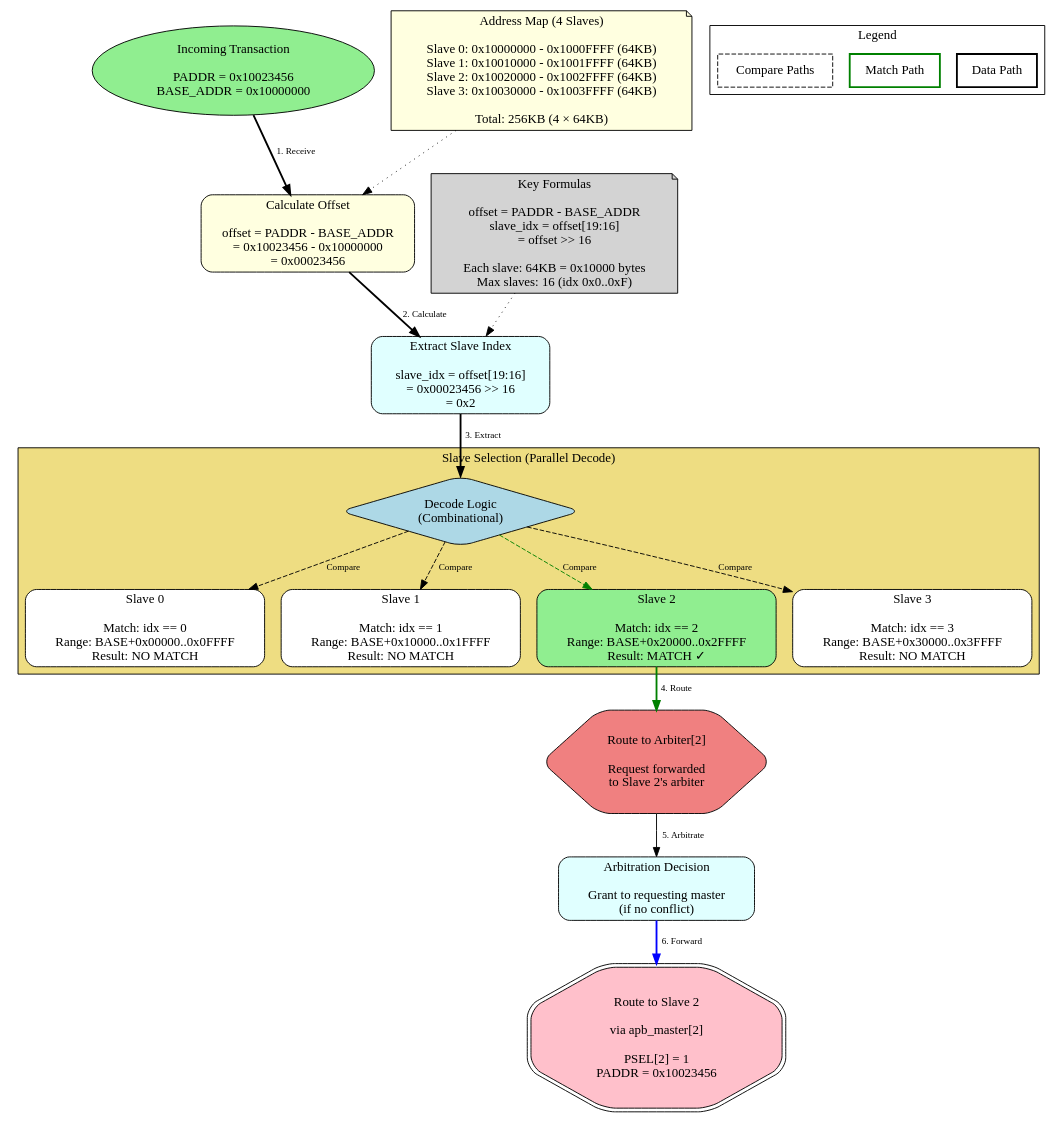
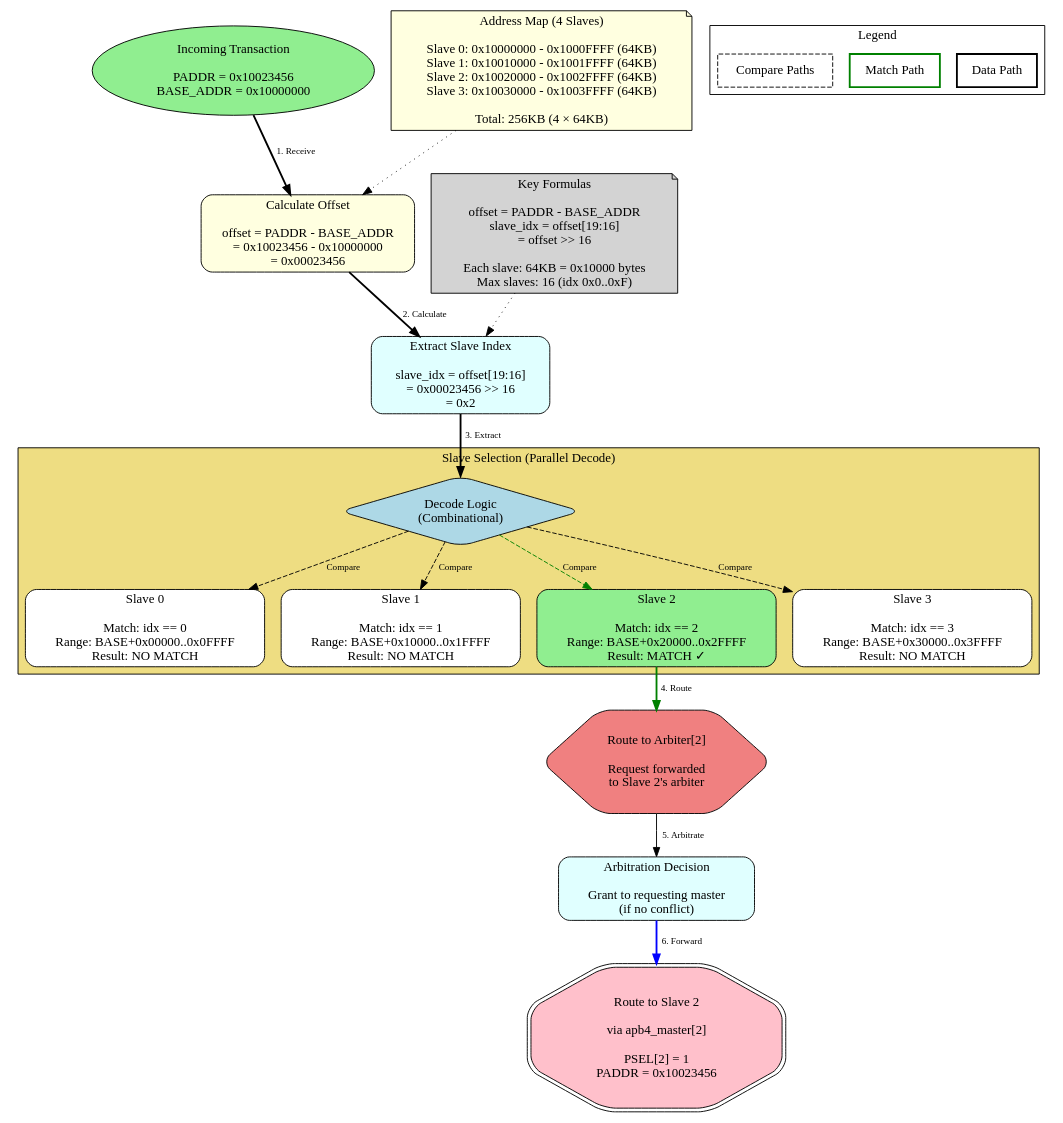
The diagram in projects/components/apb_xbar/docs/apb_xbar_mas/assets/graphviz/address_decode_flow.gv (sean-galloway/RTLDesignSherpa), drawn with Graphviz before and after one commit. The commit also changed 486 other files, not shown here.

```diff
--- a/projects/components/apb_xbar/docs/apb_xbar_mas/assets/graphviz/address_decode_flow.gv
+++ b/projects/components/apb_xbar/docs/apb_xbar_mas/assets/graphviz/address_decode_flow.gv
@@ -1,75 +1,75 @@
 // APB Crossbar Address Decode Flow
 // Module: Address decode logic
 // Purpose: Show how addresses map to slaves
 
 digraph address_decode_flow {
     rankdir=TB;
     node [shape=box, style="rounded,filled", fillcolor=lightblue];
     edge [fontsize=10];
 
     // Incoming Transaction
     incoming [label="Incoming Transaction\n\nPADDR = 0x10023456\nBASE_ADDR = 0x10000000", shape=ellipse, fillcolor=lightgreen];
 
     // Calculate Offset
     calc_offset [label="Calculate Offset\n\noffset = PADDR - BASE_ADDR\n= 0x10023456 - 0x10000000\n= 0x00023456", fillcolor=lightyellow];
 
     // Extract Slave Index
     extract_idx [label="Extract Slave Index\n\nslave_idx = offset[19:16]\n= 0x00023456 >> 16\n= 0x2", fillcolor=lightcyan];
 
     // Slave Selection
     subgraph cluster_slaves {
         label="Slave Selection (Parallel Decode)";
         style=filled;
         fillcolor=lightgoldenrod;
 
         decode [label="Decode Logic\n(Combinational)", shape=diamond];
 
         s0 [label="Slave 0\n\nMatch: idx == 0\nRange: BASE+0x00000..0x0FFFF\nResult: NO MATCH", fillcolor=white];
         s1 [label="Slave 1\n\nMatch: idx == 1\nRange: BASE+0x10000..0x1FFFF\nResult: NO MATCH", fillcolor=white];
         s2 [label="Slave 2\n\nMatch: idx == 2\nRange: BASE+0x20000..0x2FFFF\nResult: MATCH ✓", fillcolor=lightgreen];
         s3 [label="Slave 3\n\nMatch: idx == 3\nRange: BASE+0x30000..0x3FFFF\nResult: NO MATCH", fillcolor=white];
     }
 
     // Route to Arbiter
     route_arb [label="Route to Arbiter[2]\n\nRequest forwarded\nto Slave 2's arbiter", shape=hexagon, fillcolor=lightcoral];
 
     // Arbitration Decision
     arb_decision [label="Arbitration Decision\n\nGrant to requesting master\n(if no conflict)", fillcolor=lightcyan];
 
     // Route to Slave
-    route_slave [label="Route to Slave 2\n\nvia apb_master[2]\n\nPSEL[2] = 1\nPADDR = 0x10023456", shape=doubleoctagon, fillcolor=pink];
+    route_slave [label="Route to Slave 2\n\nvia apb4_master[2]\n\nPSEL[2] = 1\nPADDR = 0x10023456", shape=doubleoctagon, fillcolor=pink];
 
     // Data Flow
     incoming -> calc_offset [label="1. Receive", style=bold];
     calc_offset -> extract_idx [label="2. Calculate", style=bold];
     extract_idx -> decode [label="3. Extract", style=bold];
 
     decode -> s0 [label="Compare", style=dashed];
     decode -> s1 [label="Compare", style=dashed];
     decode -> s2 [label="Compare", style=dashed, color=green];
     decode -> s3 [label="Compare", style=dashed];
 
     s2 -> route_arb [label="4. Route", style=bold, color=green];
     route_arb -> arb_decision [label="5. Arbitrate"];
     arb_decision -> route_slave [label="6. Forward", style=bold, color=blue];
 
     // Address Map Reference
     addr_map [label="Address Map (4 Slaves)\n\nSlave 0: 0x10000000 - 0x1000FFFF (64KB)\nSlave 1: 0x10010000 - 0x1001FFFF (64KB)\nSlave 2: 0x10020000 - 0x1002FFFF (64KB)\nSlave 3: 0x10030000 - 0x1003FFFF (64KB)\n\nTotal: 256KB (4 × 64KB)", shape=note, fillcolor=lightyellow];
 
     // Key Formulas
     formulas [label="Key Formulas\n\noffset = PADDR - BASE_ADDR\nslave_idx = offset[19:16]\n= offset >> 16\n\nEach slave: 64KB = 0x10000 bytes\nMax slaves: 16 (idx 0x0..0xF)", shape=note, fillcolor=lightgray];
 
     addr_map -> calc_offset [style=dotted];
     formulas -> extract_idx [style=dotted];
 
     // Legend
     subgraph cluster_legend {
         label="Legend";
         style=filled;
         fillcolor=white;
 
         leg_data [label="Data Path", style=bold];
         leg_match [label="Match Path", style=bold, color=green];
         leg_compare [label="Compare Paths", style=dashed];
     }
 }
```
